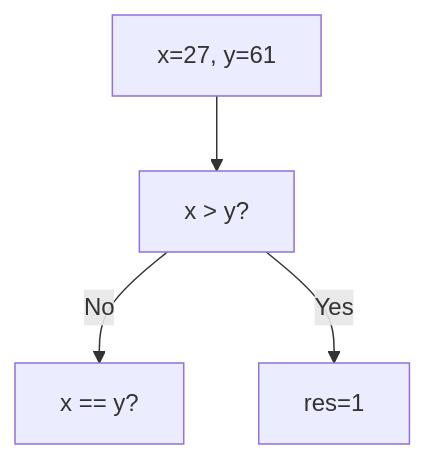
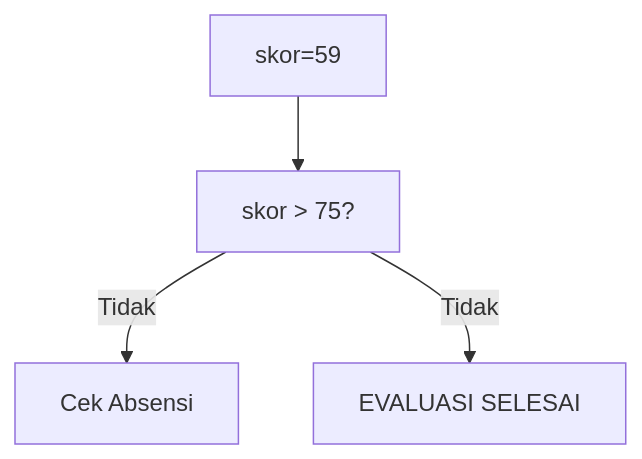
Before and after one commit to amnahwaida/OSNK_INF_PREP: the seventh of 25 diagrams in part-c-pemahaman-cpp/02-percabangan/latihan/set-10.md, drawn with Mermaid. The commit also changed other lines of this file and 71 other files, not shown here.

````diff
--- a/part-c-pemahaman-cpp/02-percabangan/latihan/set-10.md
+++ b/part-c-pemahaman-cpp/02-percabangan/latihan/set-10.md
@@ -192,6 +202,6 @@
 ```mermaid
 graph TD
-A["x=27, y=61"] --> B["x > y?"]
-B -- No --> C["x == y?"]
-B -- Yes --> D[res=1]
+A["skor=59"] --> B["skor > 75?"]
+B -- Tidak --> C["Cek Absensi"]
+B -- Tidak --> D["EVALUASI SELESAI"]
 ```
````
